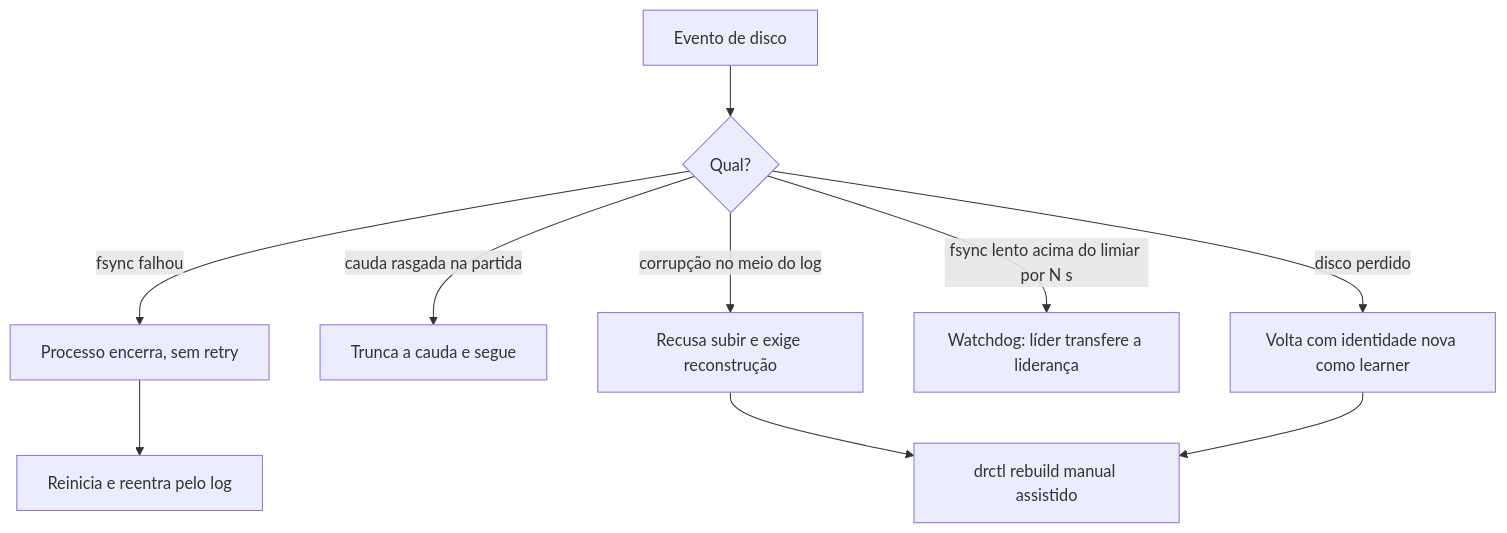
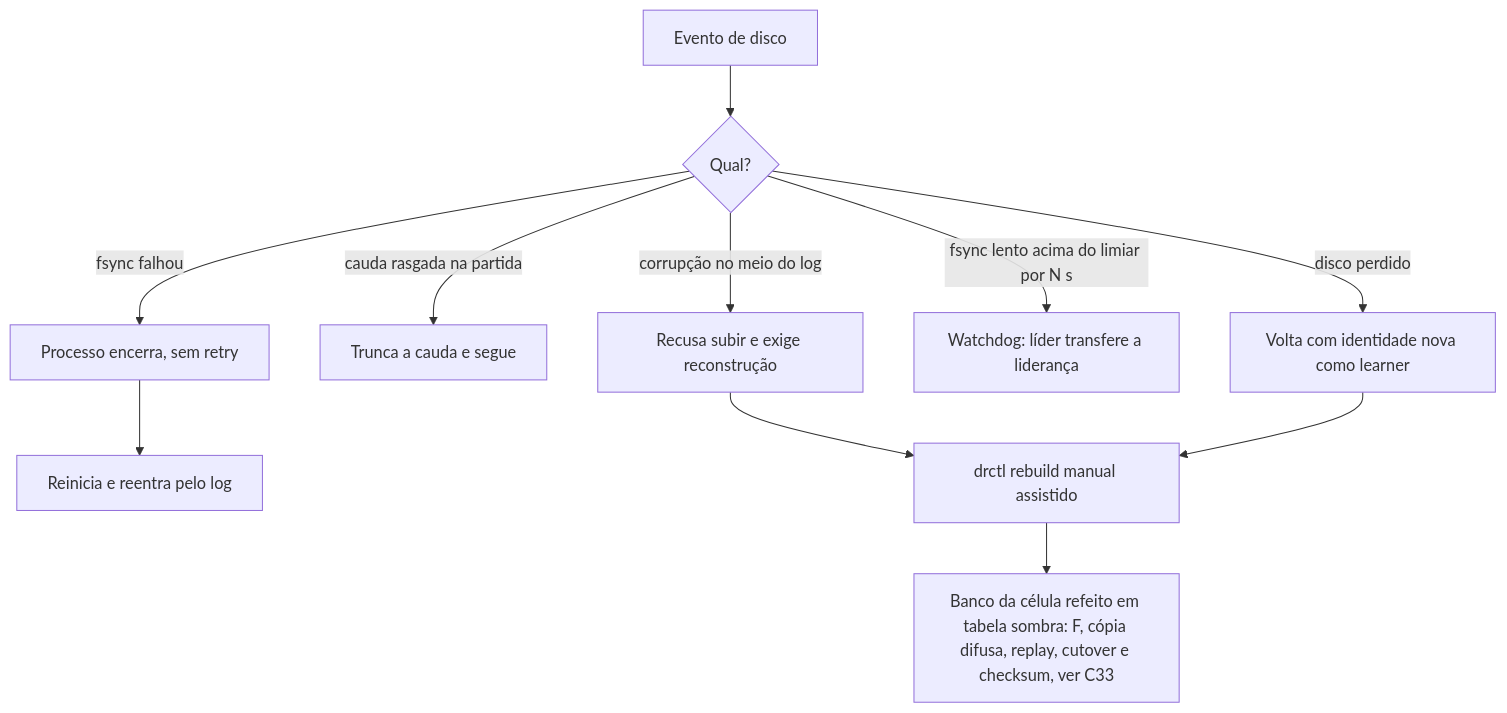
One commit to brbarmex/k changed the diagram in 02_cenarios/atualizados/C21-disco-fsync-e-reconstrucao.md. Above: the diagram before and after it, drawn with Mermaid. The commit also changed other lines of this file and 139 other files, not shown here.

````diff
--- a/02_cenarios/atualizados/C21-disco-fsync-e-reconstrucao.md
+++ b/02_cenarios/atualizados/C21-disco-fsync-e-reconstrucao.md
@@ -11,12 +11,13 @@
 ```mermaid
 flowchart TD
     A["Evento de disco"] --> B{"Qual?"}
     B -->|"fsync falhou"| C["Processo encerra, sem retry"]
     B -->|"cauda rasgada na partida"| D["Trunca a cauda e segue"]
     B -->|"corrupção no meio do log"| E["Recusa subir e exige reconstrução"]
     B -->|"fsync lento acima do limiar por N s"| F["Watchdog: líder transfere a liderança"]
     B -->|"disco perdido"| G["Volta com identidade nova como learner"]
     C --> H["Reinicia e reentra pelo log"]
     E --> I["drctl rebuild manual assistido"]
     G --> I
+    I --> J["Banco da célula refeito em tabela sombra: F, cópia difusa, replay, cutover e checksum, ver C33"]
 ```
````
